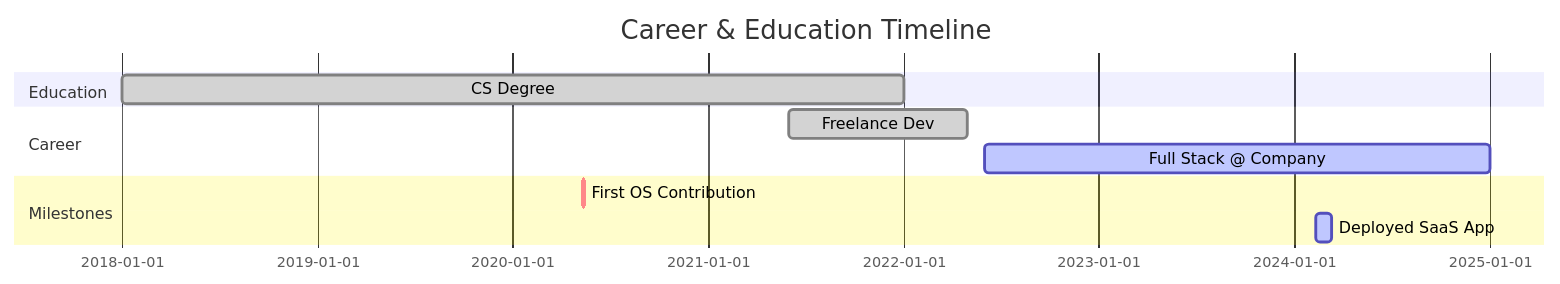
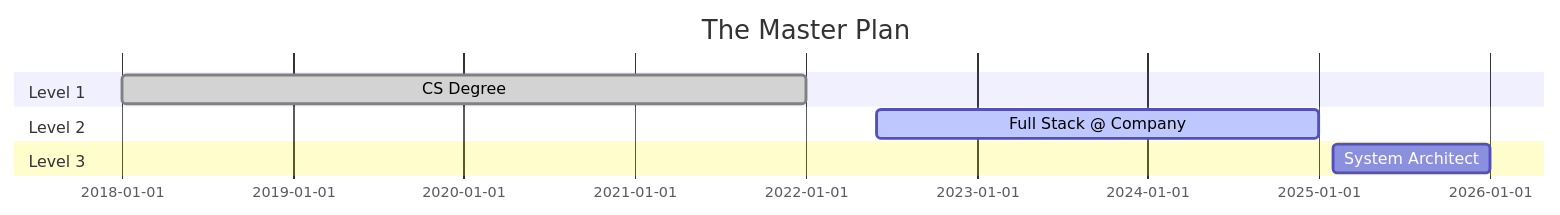
Before and after one commit to BadrHassanTRW/BadrHassanTRW: the diagram in README.md, drawn with Mermaid. The commit also changed other lines of this file, not shown here.

````diff
--- a/README.md
+++ b/README.md
@@ -69,13 +80,11 @@
 ```mermaid
 gantt
-    title Career & Education Timeline
+    title The Master Plan
     dateFormat  YYYY-MM-DD
-    section Education
+    section Level 1
     CS Degree           :done,    des1, 2018-01-01, 2022-01-01
-    section Career
-    Freelance Dev       :done,    des2, 2021-06-01, 2022-05-01
+    section Level 2
     Full Stack @ Company:active,  des3, 2022-06-01, 2025-01-01
-    section Milestones
-    First OS Contribution: crit, done, 2020-05-12, 1d
-    Deployed SaaS App    : active, 2024-02-10, 30d
+    section Level 3
+    System Architect     :         des4, 2025-02-01, 2026-01-01
 ```
````
